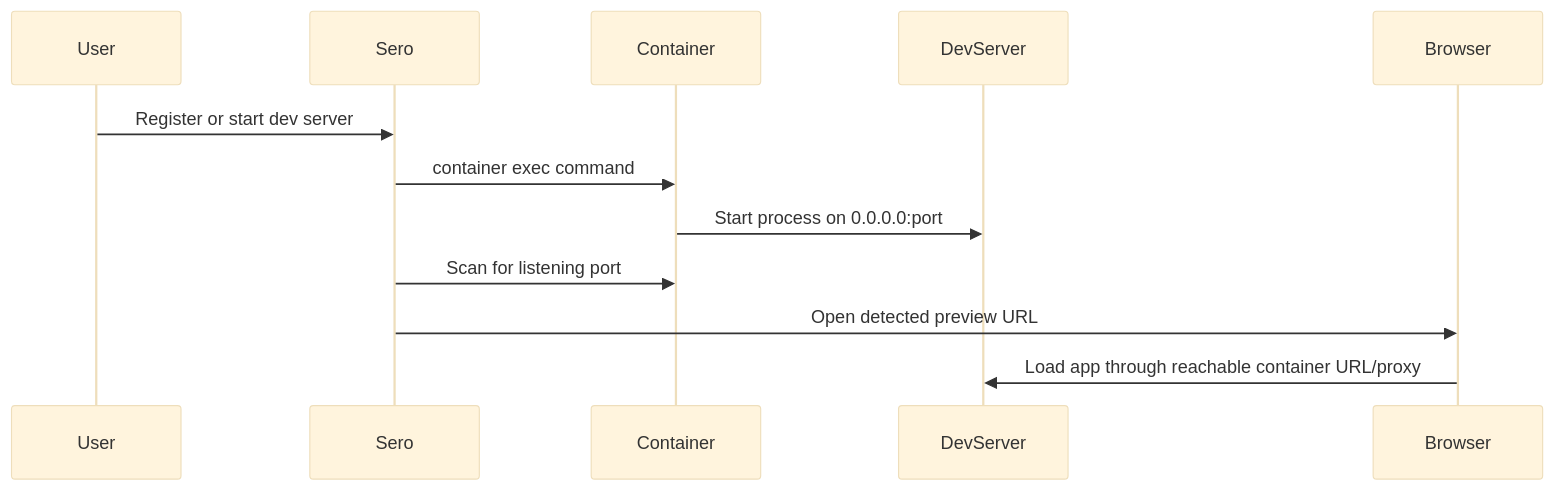
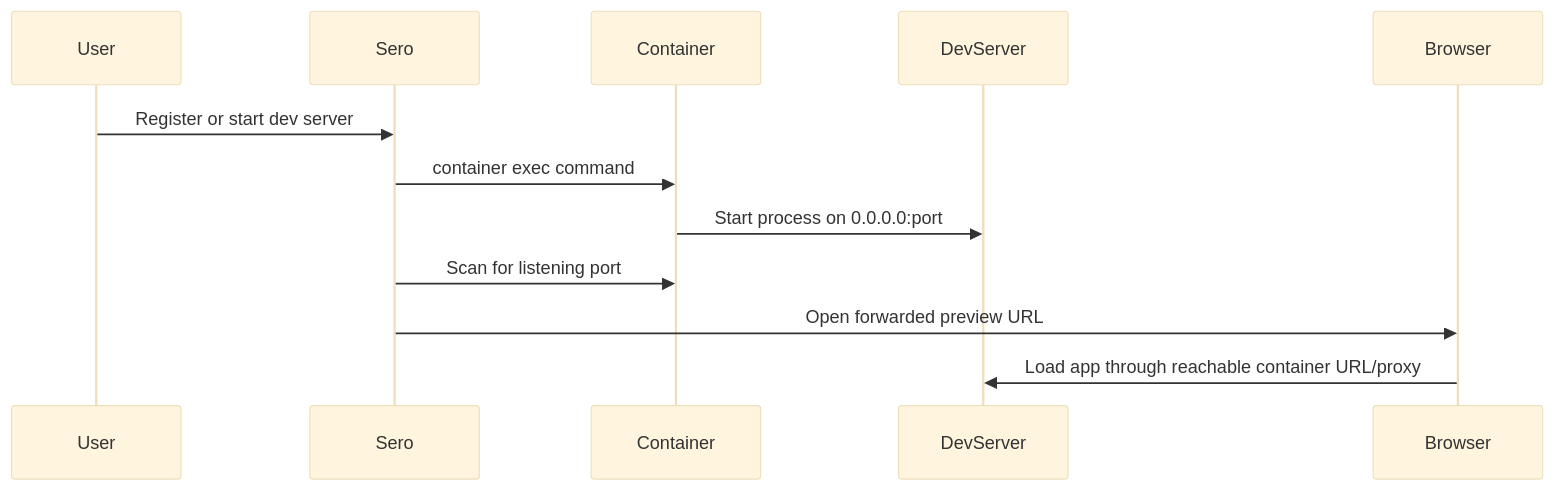
The diagram in apps/docs-site/docs/guide/containers-dev-servers.md (sero-labs/sero), drawn with Mermaid (base theme) before and after one commit. The commit also changed other lines of this file and 15 other files, not shown here.

````diff
--- a/apps/docs-site/docs/guide/containers-dev-servers.md
+++ b/apps/docs-site/docs/guide/containers-dev-servers.md
@@ -48,15 +75,15 @@
 ```mermaid
 sequenceDiagram
   participant User
   participant Sero
   participant Container
   participant DevServer
   participant Browser
 
   User->>Sero: Register or start dev server
   Sero->>Container: container exec command
   Container->>DevServer: Start process on 0.0.0.0:port
   Sero->>Container: Scan for listening port
-  Sero->>Browser: Open detected preview URL
+  Sero->>Browser: Open forwarded preview URL
   Browser->>DevServer: Load app through reachable container URL/proxy
 ```
````
